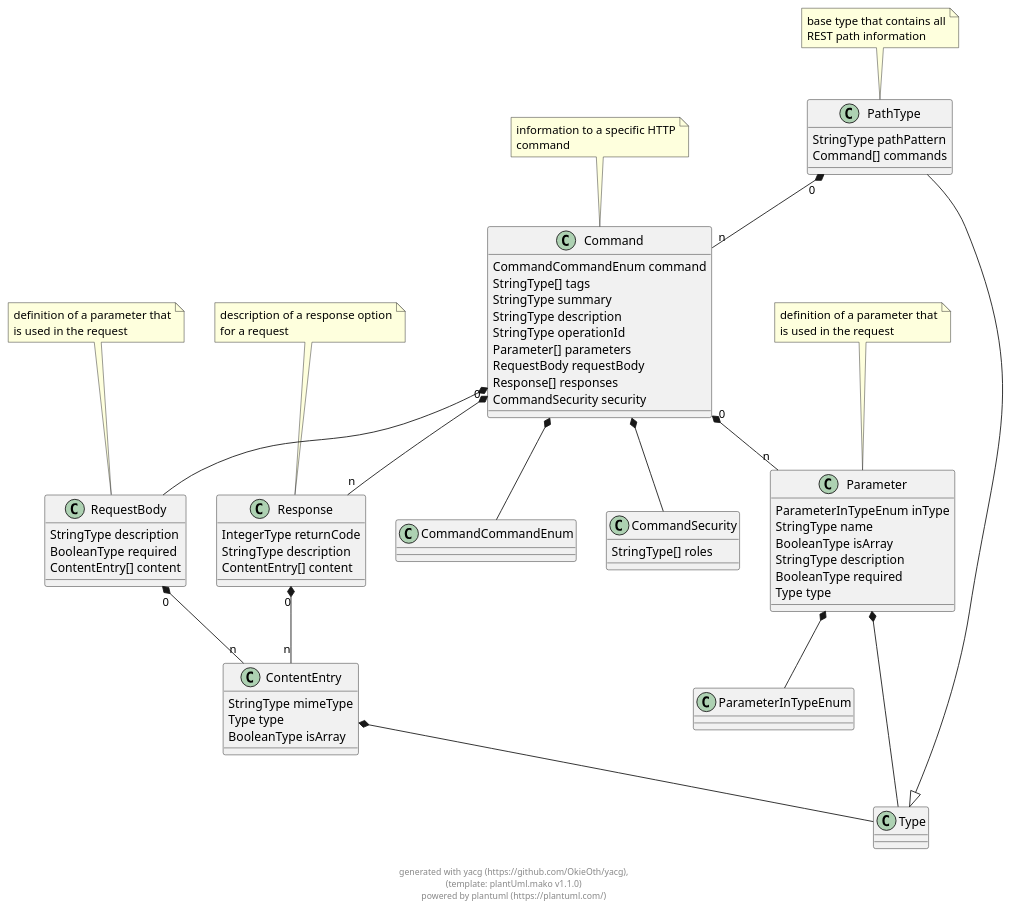
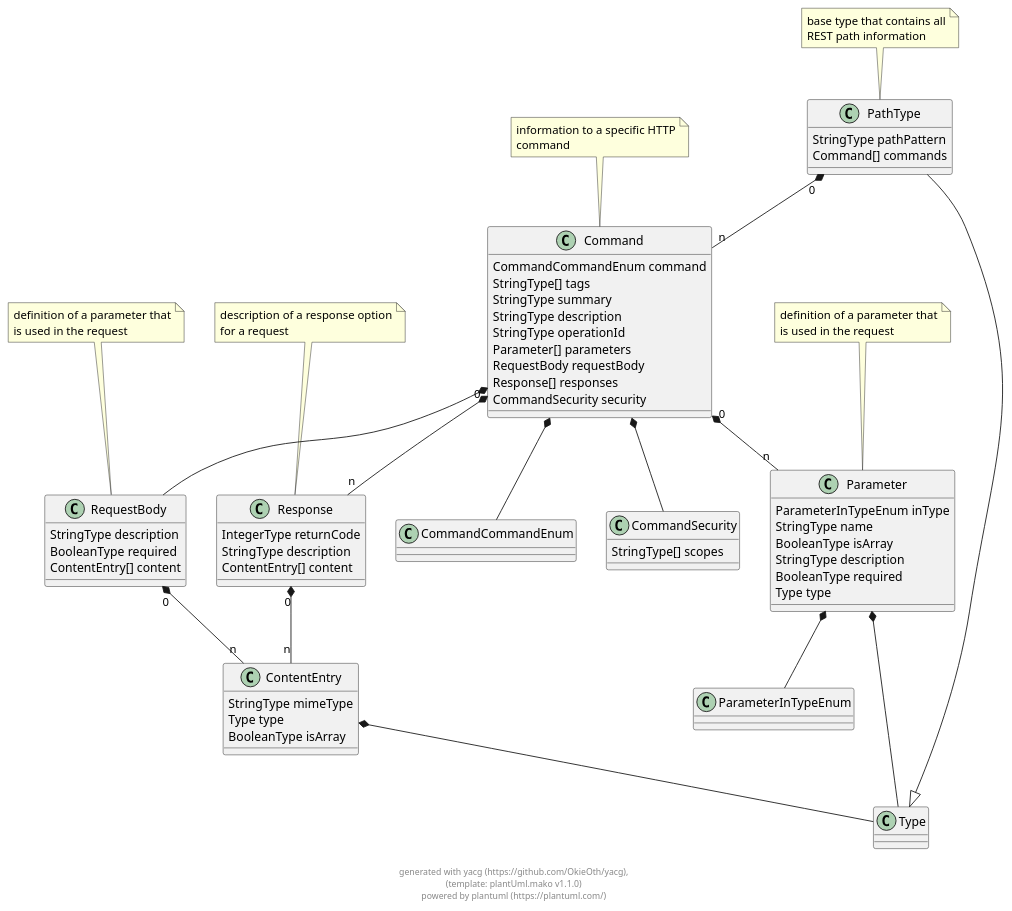
Before and after one commit to OkieOth/yacg: the diagram in docs/puml/yacg_openapi.puml, drawn with PlantUML. The commit also changed 4 other files, not shown here.

Commit message:
rename security roles to scopes

```diff
--- a/docs/puml/yacg_openapi.puml
+++ b/docs/puml/yacg_openapi.puml
@@ -2,106 +2,106 @@
 @startuml
 
 class PathType {
     StringType pathPattern 
     Command[] commands 
 }
  
 note top: base type that contains all\nREST path information
 
 PathType --|> Type
 class Command {
     CommandCommandEnum command 
     StringType[] tags 
     StringType summary 
     StringType description 
     StringType operationId 
     Parameter[] parameters 
     RequestBody requestBody 
     Response[] responses 
     CommandSecurity security 
 }
  
 note top: information to a specific HTTP\ncommand
 
 class CommandCommandEnum {
 }
  
 
 class Parameter {
     ParameterInTypeEnum inType 
     StringType name 
     BooleanType isArray 
     StringType description 
     BooleanType required 
     Type type 
 }
  
 note top: definition of a parameter that\nis used in the request
 
 class RequestBody {
     StringType description 
     BooleanType required 
     ContentEntry[] content 
 }
  
 note top: definition of a parameter that\nis used in the request
 
 class Response {
     IntegerType returnCode 
     StringType description 
     ContentEntry[] content 
 }
  
 note top: description of a response option\nfor a request
 
 class CommandSecurity {
-    StringType[] roles 
+    StringType[] scopes 
 }
  
 
 class ContentEntry {
     StringType mimeType 
     Type type 
     BooleanType isArray 
 }
  
 
 class ParameterInTypeEnum {
 }
  
 
 
     
 PathType "0" *-- "n" Command        
             
     
 Command  *--  CommandCommandEnum        
             
 Command "0" *-- "n" Parameter        
             
 Command  *--  RequestBody        
             
 Command "0" *-- "n" Response        
             
 Command  *--  CommandSecurity        
             
     
     
 Parameter  *--  ParameterInTypeEnum        
             
 Parameter  *--  Type        
             
     
 RequestBody "0" *-- "n" ContentEntry        
             
     
 Response "0" *-- "n" ContentEntry        
             
     
     
 ContentEntry  *--  Type        
             
     
 
 footer \ngenerated with yacg (https://github.com/OkieOth/yacg),\n(template: plantUml.mako v1.1.0)\npowered by plantuml (https://plantuml.com/)
 @enduml
```
